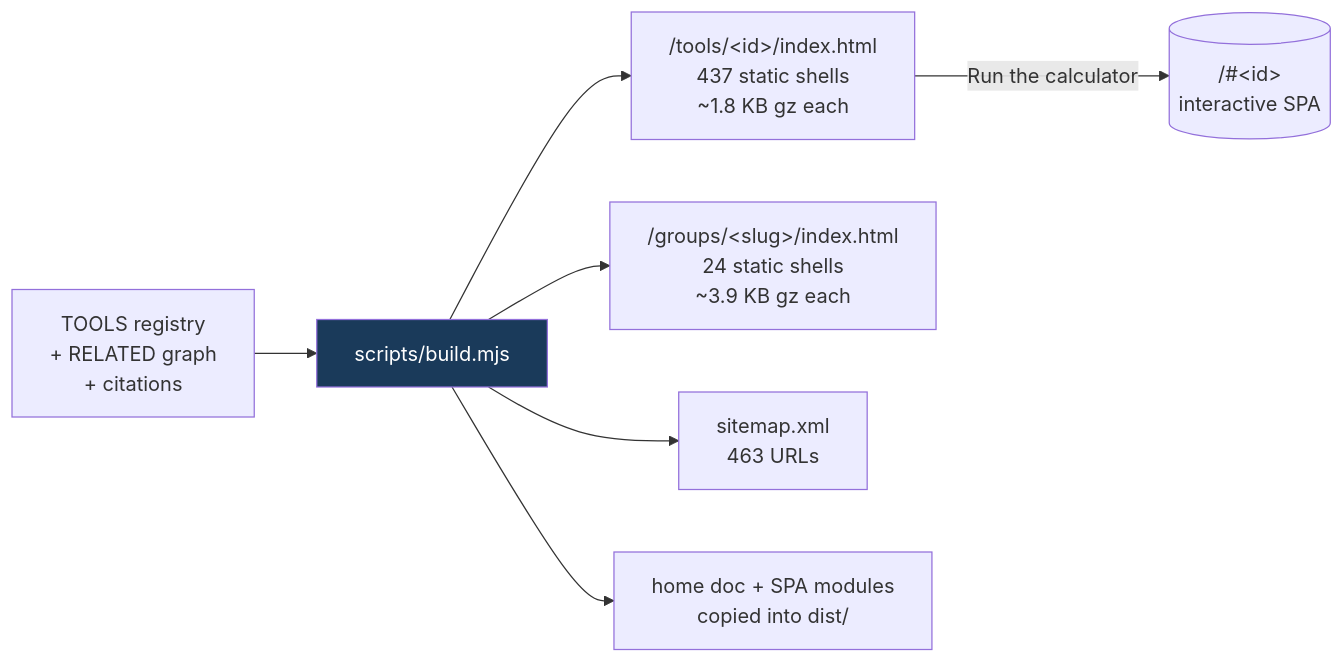
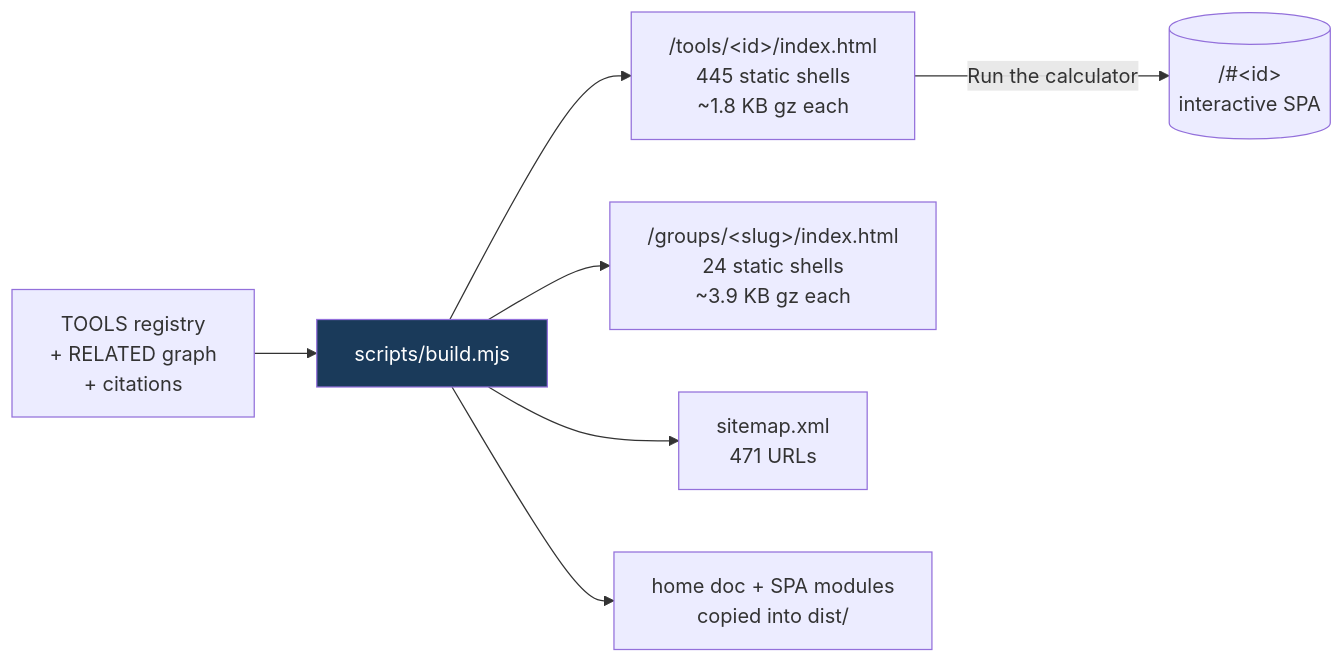
The third of 6 diagrams in README.md (clay-good/roughlogic.com), drawn with Mermaid before and after one commit. The commit also changed other lines of this file and 21 other files, not shown here.

````diff
--- a/README.md
+++ b/README.md
@@ -194,10 +196,10 @@
 ```mermaid
 flowchart LR
     SRC[TOOLS registry\n+ RELATED graph\n+ citations] --> BUILD[scripts/build.mjs]
-    BUILD --> TILE["/tools/&lt;id&gt;/index.html\n437 static shells\n~1.8 KB gz each"]
+    BUILD --> TILE["/tools/&lt;id&gt;/index.html\n445 static shells\n~1.8 KB gz each"]
     BUILD --> GROUP["/groups/&lt;slug&gt;/index.html\n24 static shells\n~3.9 KB gz each"]
-    BUILD --> MAP["sitemap.xml\n463 URLs"]
+    BUILD --> MAP["sitemap.xml\n471 URLs"]
     BUILD --> COPY[home doc + SPA modules\ncopied into dist/]
     TILE -->|Run the calculator| SPA[("/#&lt;id&gt;\ninteractive SPA")]
     style BUILD fill:#1a3a5a,color:#fff
 ```
````
